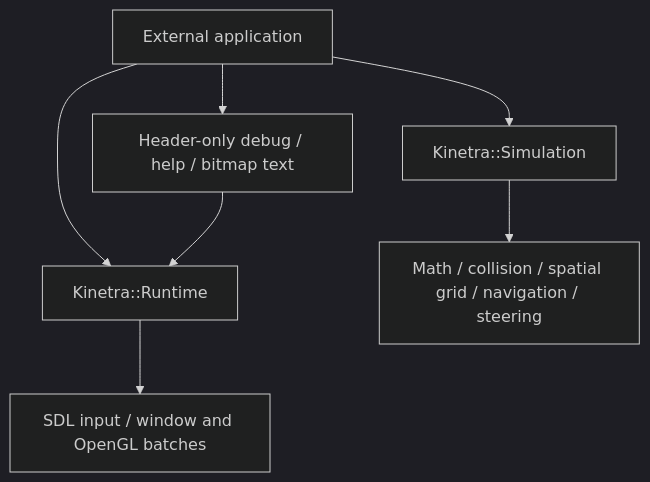
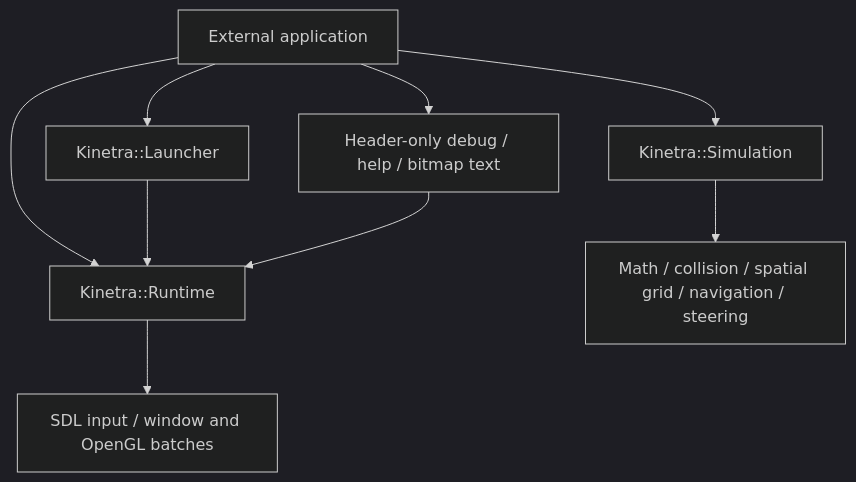
Before and after one commit to SMB-M87/Kinetra: the second of 4 diagrams in docs/architecture.md, drawn with Mermaid (dark theme). The commit also changed other lines of this file and 23 other files, not shown here.

````diff
--- a/docs/architecture.md
+++ b/docs/architecture.md
@@ -29,9 +29,11 @@
 ```mermaid
 flowchart TD
     App[External application] --> Runtime[Kinetra::Runtime]
+    App --> Launcher[Kinetra::Launcher]
+    Launcher --> Runtime
     App --> Sim[Kinetra::Simulation]
     App --> UI[Header-only debug / help / bitmap text]
     UI --> Runtime
     Sim --> Headless[Math / collision / spatial grid / navigation / steering]
     Runtime --> Platform[SDL input / window and OpenGL batches]
 ```
````
